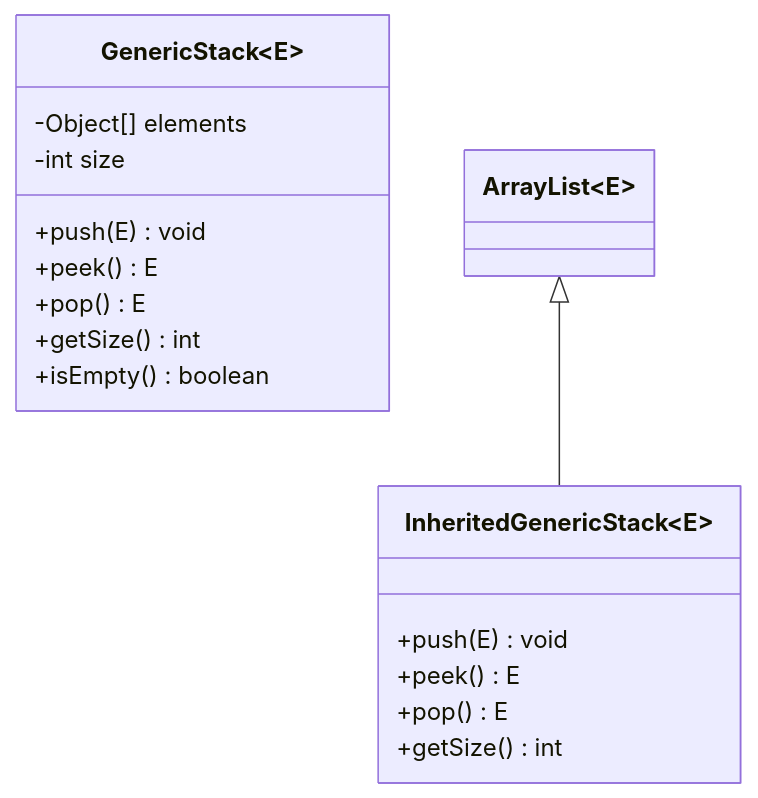
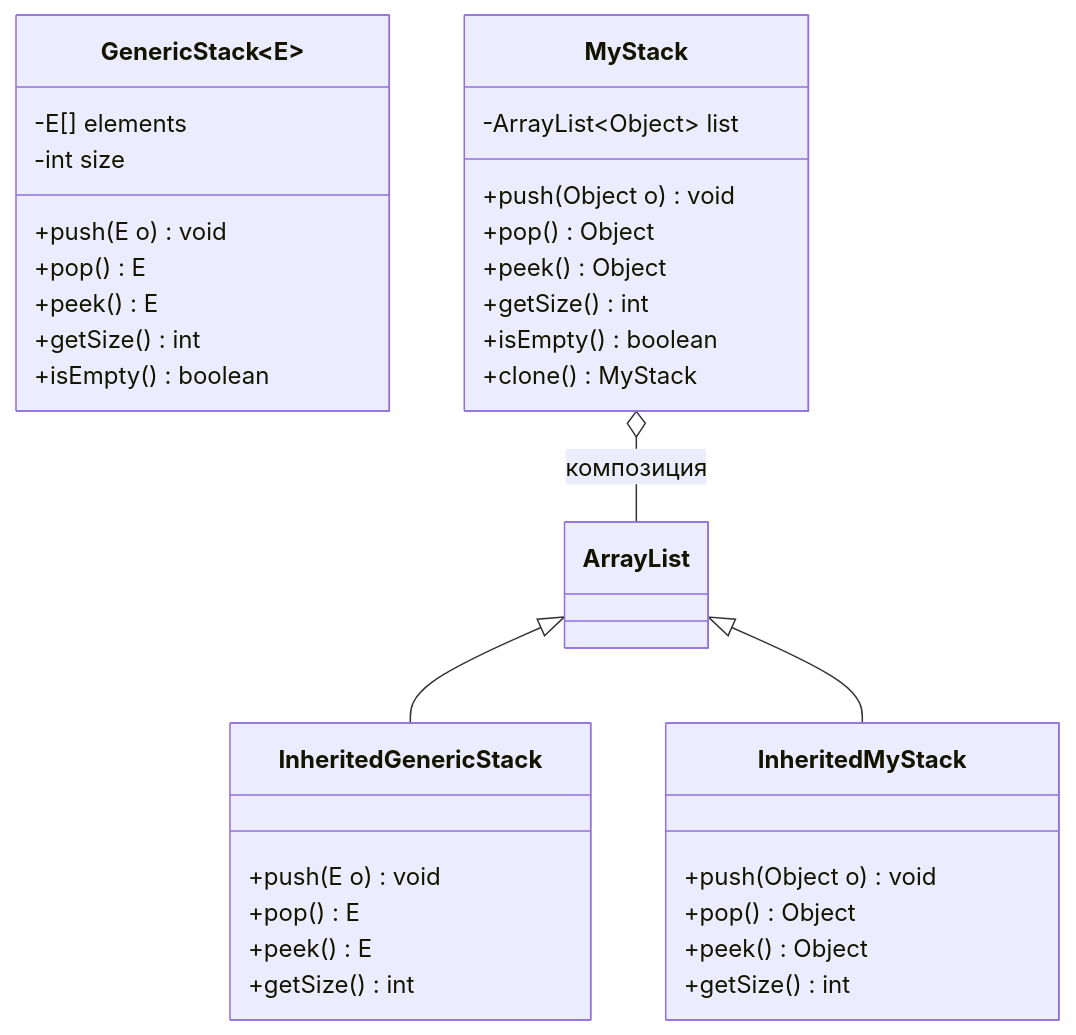
One commit to Goshadze/Java-MIREA changed the diagram in practice-05/README.md. Above: the diagram before and after it, drawn with Mermaid. The commit also changed other lines of this file and 18 other files, not shown here.

Commit message:
Rewrite practice-05 in simple style: generics algorithms, GenericStack, MyStack with deep copy

````diff
--- a/practice-05/README.md
+++ b/practice-05/README.md
@@ -54,20 +34,37 @@
 ```mermaid
 classDiagram
     class GenericStack~E~ {
-        -Object[] elements
+        -E[] elements
         -int size
-        +push(E) void
+        +push(E o) void
+        +pop() E
         +peek() E
-        +pop() E
         +getSize() int
         +isEmpty() boolean
     }
+    ArrayList <|-- InheritedGenericStack
     class InheritedGenericStack~E~ {
-        +push(E) void
+        +push(E o) void
+        +pop() E
         +peek() E
-        +pop() E
         +getSize() int
     }
-    class ArrayList~E~
-    ArrayList~E~ <|-- InheritedGenericStack
+
+    class MyStack {
+        -ArrayList~Object~ list
+        +push(Object o) void
+        +pop() Object
+        +peek() Object
+        +getSize() int
+        +isEmpty() boolean
+        +clone() MyStack
+    }
+    MyStack o-- ArrayList : композиция
+    ArrayList <|-- InheritedMyStack
+    class InheritedMyStack {
+        +push(Object o) void
+        +pop() Object
+        +peek() Object
+        +getSize() int
+    }
 ```
````
